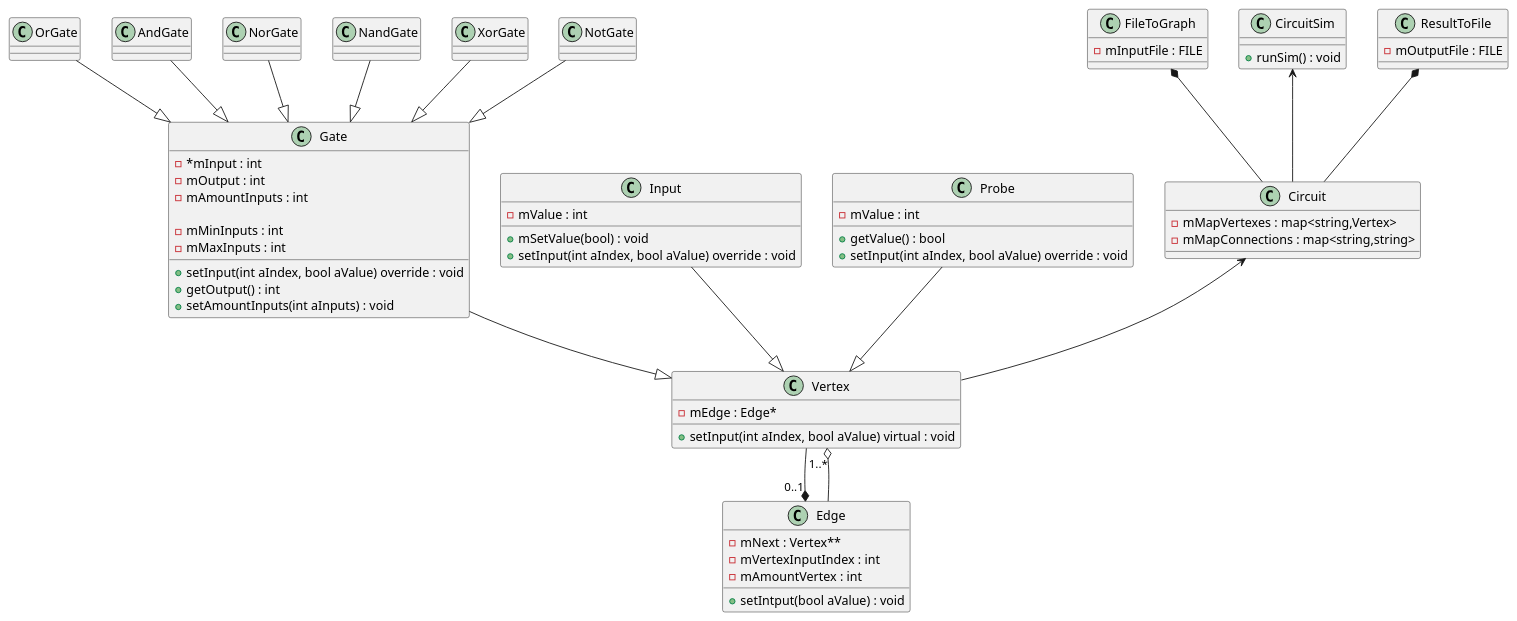
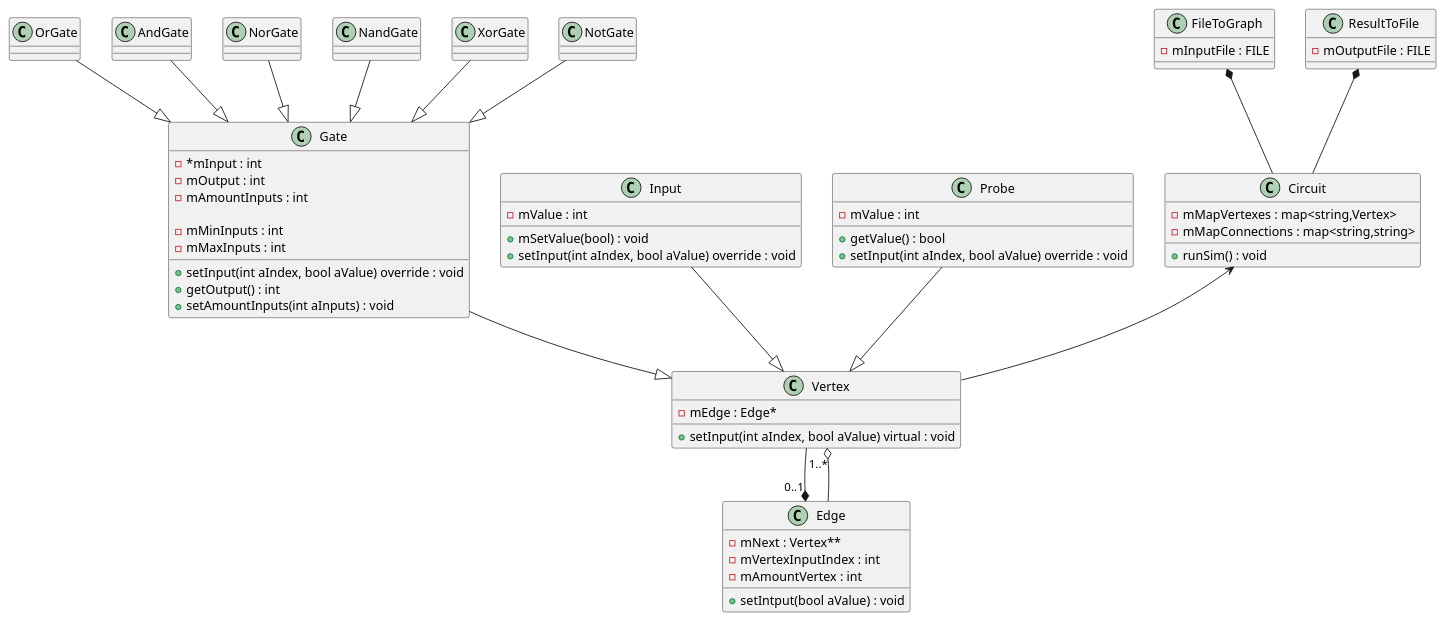
Before and after one commit to Seger01/DesignPatterns: the diagram in diagram/classdiagram.puml, drawn with PlantUML.

Commit message:
Added runSim to circuit class
Removed the class circuitsim and added the method to the main circuit class

```diff
--- a/diagram/classdiagram.puml
+++ b/diagram/classdiagram.puml
@@ -1,107 +1,102 @@
 @startuml classdiagram
 
 class Circuit {
     - mMapVertexes : map<string,Vertex>
     - mMapConnections : map<string,string>
+    + runSim() : void
 }
 
 class FileToGraph {
     - mInputFile : FILE
-}
-
-class CircuitSim {
-    + runSim() : void
 }
 
 class ResultToFile {
     - mOutputFile : FILE
 }
 
 class OrGate{
 
 }
 
 class AndGate{
 
 }
 
 class NorGate{
 
 }
 
 class NandGate{
 
 }
 
 class XorGate{
 
 }
 
 class NotGate{
 
 }
 
 class Gate{
     - *mInput : int
     - mOutput : int
     - mAmountInputs : int
 
     - mMinInputs : int
     - mMaxInputs : int    
 
     + setInput(int aIndex, bool aValue) override : void
     + getOutput() : int
     + setAmountInputs(int aInputs) : void
 }
 
 class Vertex {
     - mEdge : Edge*
 
     + setInput(int aIndex, bool aValue) virtual : void
 }
 
 class Edge {
     - mNext : Vertex**
     - mVertexInputIndex : int
     - mAmountVertex : int
 
     + setIntput(bool aValue) : void
 }
 
 class Input {
     - mValue : int
 
     + mSetValue(bool) : void
     + setInput(int aIndex, bool aValue) override : void
 
 }
 
 class Probe {
     - mValue : int
 
     + getValue() : bool
     + setInput(int aIndex, bool aValue) override : void
 }
 
 FileToGraph *-- Circuit
 ResultToFile *-- Circuit
 
 Circuit <-- Vertex
 
-CircuitSim <-- Circuit
-
 OrGate --|> Gate
 NorGate --|> Gate
 AndGate --|> Gate
 NandGate --|> Gate
 XorGate --|> Gate
 NotGate --|> Gate
 
 Gate --|> Vertex
 Input --|> Vertex
 Probe --|> Vertex
 
 Vertex --* "0..1" Edge
 Edge --o "1..*" Vertex
 
 @enduml
```
